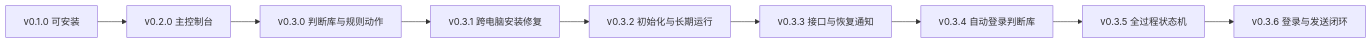
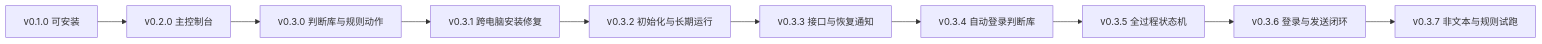
Before and after one commit to JahanHe/wechat-autoreply: the sixth of 9 diagrams in docs/project-journey.md, drawn with Mermaid. The commit also changed other lines of this file and 17 other files, not shown here.

Commit message:
fix: strengthen reply automation flows

````diff
--- a/docs/project-journey.md
+++ b/docs/project-journey.md
@@ -290,11 +290,12 @@
 ```mermaid
 flowchart LR
   V1["v0.1.0 可安装"] --> V2["v0.2.0 主控制台"]
   V2 --> V30["v0.3.0 判断库与规则动作"]
   V30 --> V31["v0.3.1 跨电脑安装修复"]
   V31 --> V32["v0.3.2 初始化与长期运行"]
   V32 --> V33["v0.3.3 接口与恢复通知"]
   V33 --> V34["v0.3.4 自动登录判断库"]
   V34 --> V35["v0.3.5 全过程状态机"]
   V35 --> V36["v0.3.6 登录与发送闭环"]
+  V36 --> V37["v0.3.7 非文本与规则试跑"]
 ```
````
